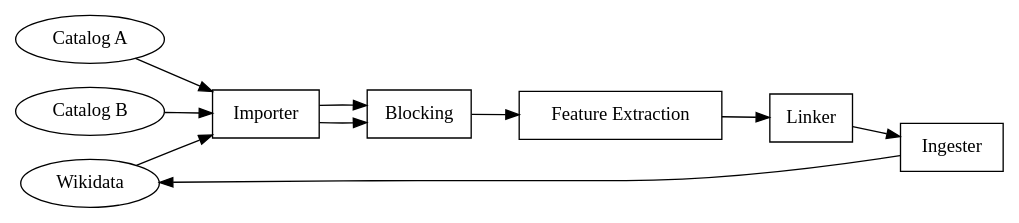
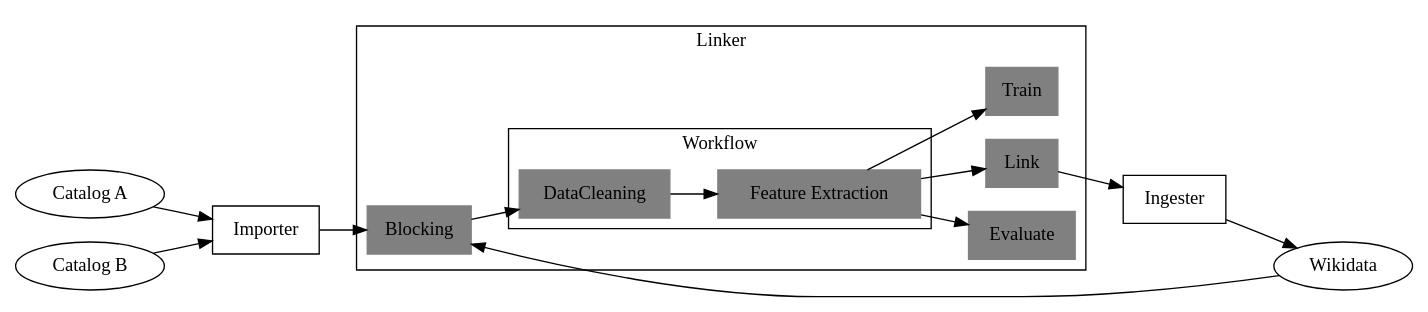
One commit to tupini07/Master-Thesis changed the diagram in scripts/soweego_structure.dot. Above: the diagram before and after it, drawn with Graphviz. The commit also changed 1 other file, not shown here.

Commit message:
updated structre of soweego graph

```diff
--- a/scripts/soweego_structure.dot
+++ b/scripts/soweego_structure.dot
@@ -1,25 +1,34 @@
 digraph soweegostructure {
     rankdir=LR;
-
+ 
     catA [label="Catalog A"];
     catB [label="Catalog B"];
     wikiCat [label="Wikidata"];
     importer [label="Importer", shape="box"];
-    blocking [label="Blocking", shape="box"];
-    featext [label="Feature Extraction", shape="box"];
-    linker [label="Linker", shape="box"];
+    blocking [label="Blocking", shape="box", style=filled,color=gray];
+    featext [label="Feature Extraction", shape="box",style=filled,color=gray];
     ingester [label="Ingester", shape="box"];
-
     subgraph cl0 {
         rank = same;
         catA;
         catB;
-        wikiCat;
     }
-
+   	subgraph cluster0 {
+		    label = "Linker";
+		    node [style=filled,color=gray,shape=box];
+        subgraph cluster1 {
+            label ="Workflow";
+            DataCleaning -> featext;
+       }
+		    blocking -> DataCleaning;
+        featext -> Evaluate;
+        featext -> Link;
+        featext -> Train;
+	  }
     catA -> importer -> blocking;
     catB -> importer;
-    wikiCat -> importer;
-    importer -> blocking -> featext -> linker -> ingester;
+    Link -> ingester;
     ingester -> wikiCat;
-}
+
+    wikiCat -> blocking;
+ }
```
